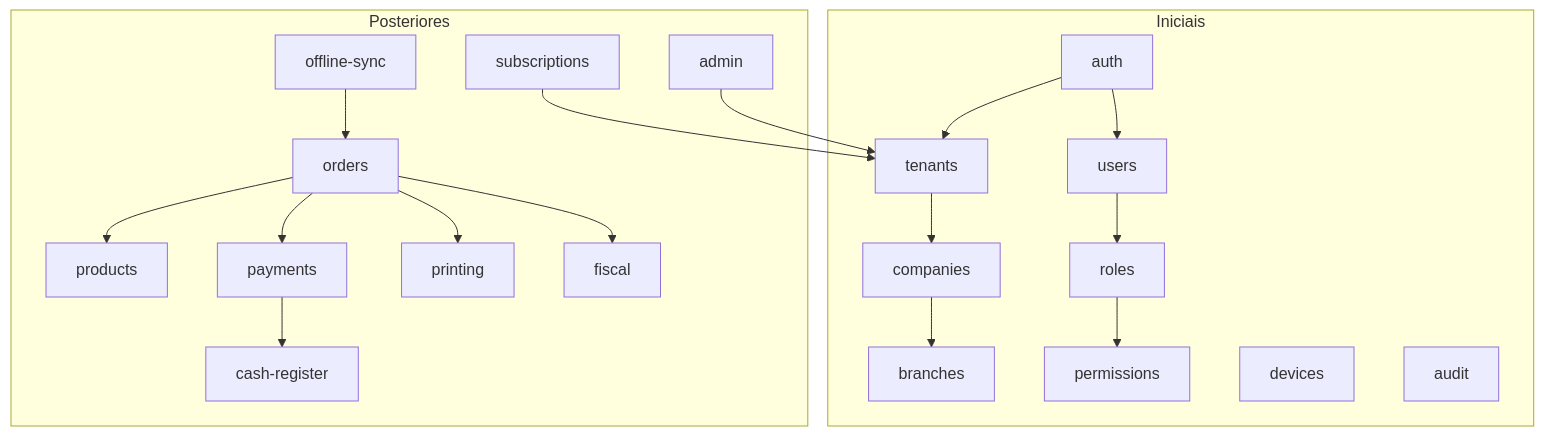
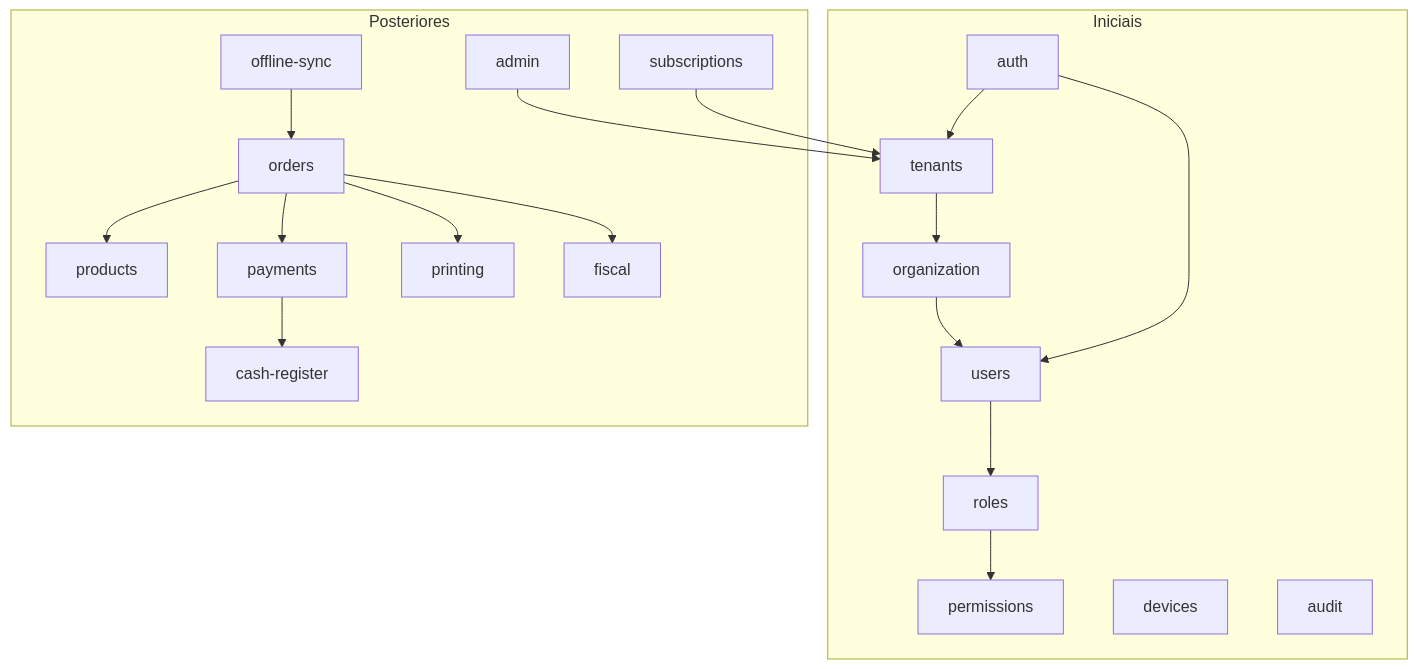
The second of 2 diagrams in docs/architecture.md (vieira-security/erp-saas-multi-tenant), drawn with Mermaid before and after one commit. The commit also changed other lines of this file and 2 other files, not shown here.

First line of the commit message:
docs: record M3 decisions, open items and the organization module

````diff
--- a/docs/architecture.md
+++ b/docs/architecture.md
@@ -103,21 +102,22 @@
 ```mermaid
 flowchart TD
   subgraph Iniciais
     auth --> users
     auth --> tenants
-    tenants --> companies --> branches
+    tenants --> organization
+    organization --> users
     users --> roles --> permissions
     devices
     audit
   end
   subgraph Posteriores
     products
     orders --> products
     orders --> payments --> cash-register
     orders --> printing
     orders --> fiscal
     offline-sync --> orders
     subscriptions --> tenants
     admin --> tenants
   end
 ```
````
